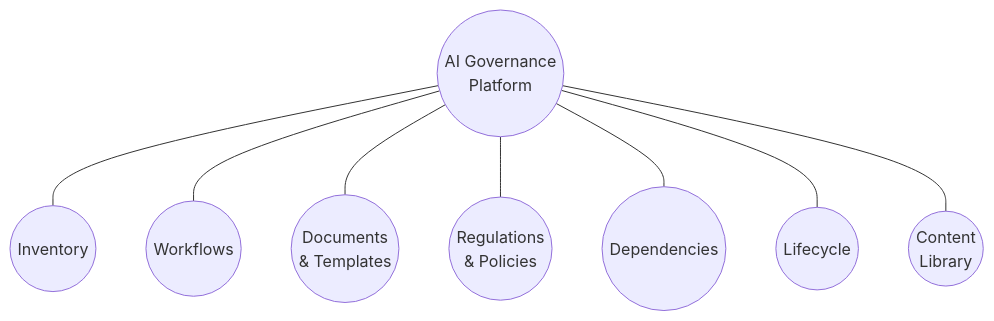
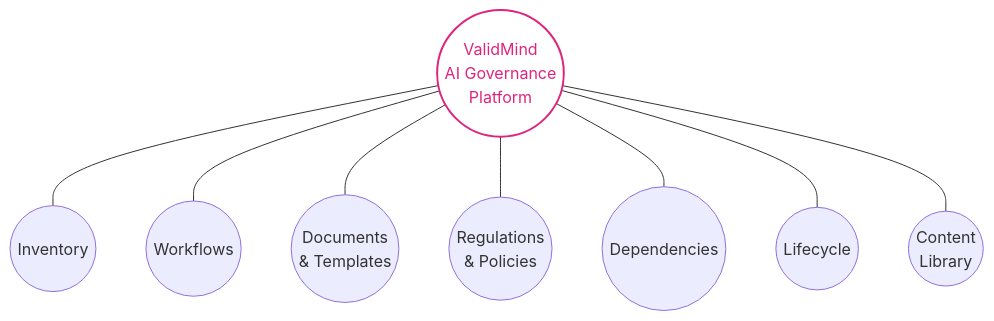
The diagram in site/about/use-cases/ai-governance.qmd (validmind/documentation), drawn with Mermaid before and after one commit. The commit also changed other lines of this file, not shown here.

Commit message:
AI governance local edits

````diff
--- a/site/about/use-cases/ai-governance.qmd
+++ b/site/about/use-cases/ai-governance.qmd
@@ -65,20 +66,24 @@
 ```{mermaid}
 flowchart TB
-    center((AI Governance<br>Platform))
+    center((ValidMind<br>AI Governance<br>Platform))
     
     inv((Inventory))
     wf((Workflows))
     docs((Documents<br>& Templates))
     reg((Regulations<br>& Policies))
     dep((Dependencies))
     life((Lifecycle))
     lib((Content<br>Library))
     
     center --- inv
     center --- wf
     center --- docs
     center --- reg
     center --- dep
     center --- life
     center --- lib
+
+    %% styling
+    classDef centerNode fill:#ffffff,stroke:#de257e,stroke-width:2px,color:#de257e,text-align:center
+    class center centerNode
 ```
````
